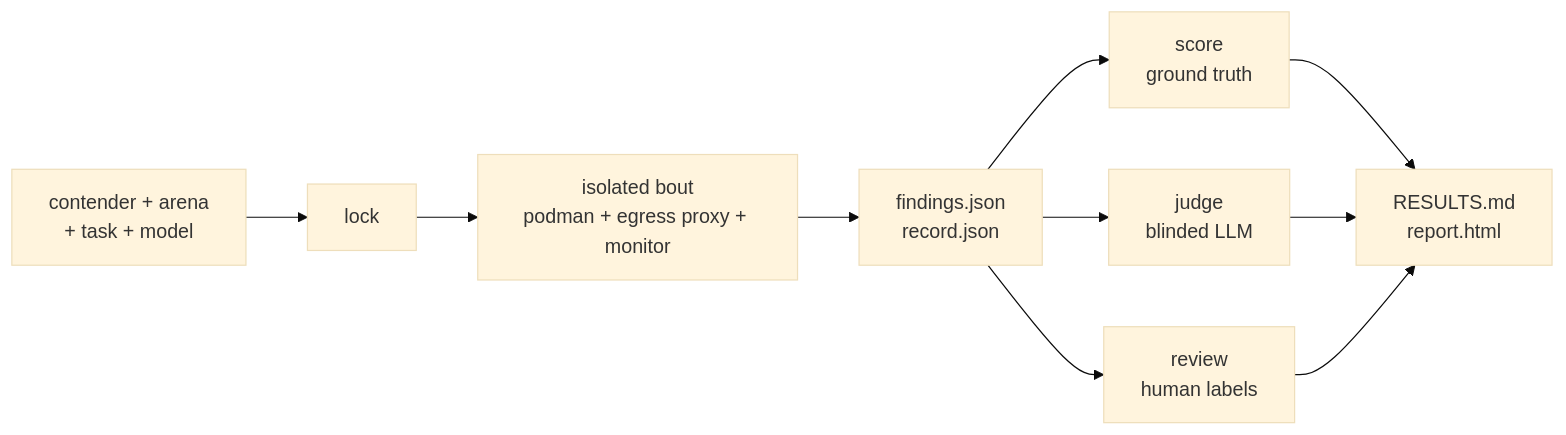
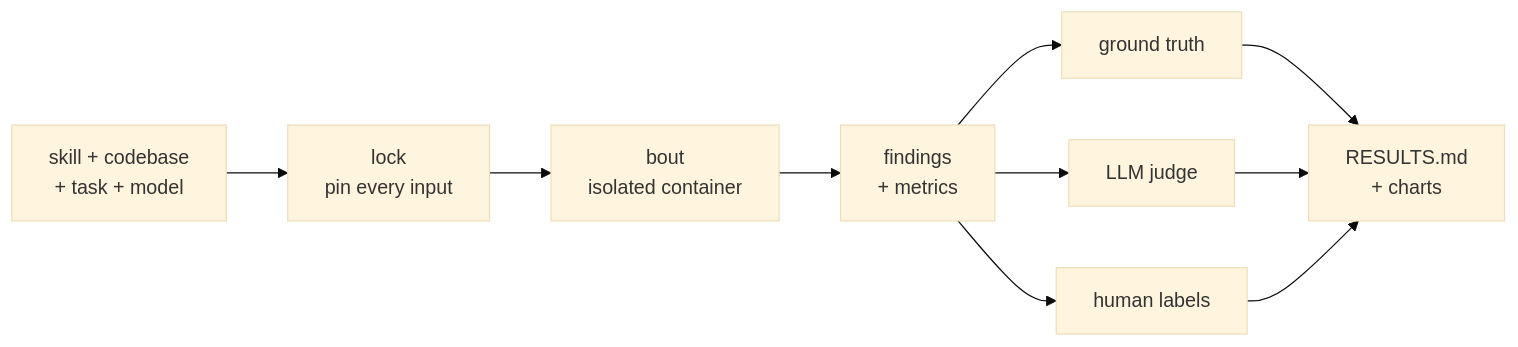
Before and after one commit to thereisnotime/skillordeal-trials: the diagram in README.md, drawn with Mermaid (base theme). The commit also changed other lines of this file and 152 other files, not shown here.

First line of the commit message:
Publish the full r01 (150 bouts) with detailed charts, and make the READMEs easier to navigate

````diff
--- a/README.md
+++ b/README.md
@@ -28,12 +39,12 @@
 ```mermaid
 flowchart LR
-  I["contender + arena<br/>+ task + model"] --> L["lock"]
-  L --> B["isolated bout<br/>podman + egress proxy + monitor"]
-  B --> O["findings.json<br/>record.json"]
-  O --> S["score<br/>ground truth"]
-  O --> J["judge<br/>blinded LLM"]
-  O --> H["review<br/>human labels"]
-  S --> R["RESULTS.md<br/>report.html"]
+  I["skill + codebase<br/>+ task + model"] --> L["lock<br/>pin every input"]
+  L --> B["bout<br/>isolated container"]
+  B --> O["findings<br/>+ metrics"]
+  O --> S["ground truth"]
+  O --> J["LLM judge"]
+  O --> H["human labels"]
+  S --> R["RESULTS.md<br/>+ charts"]
   J --> R
   H --> R
 ```
````
